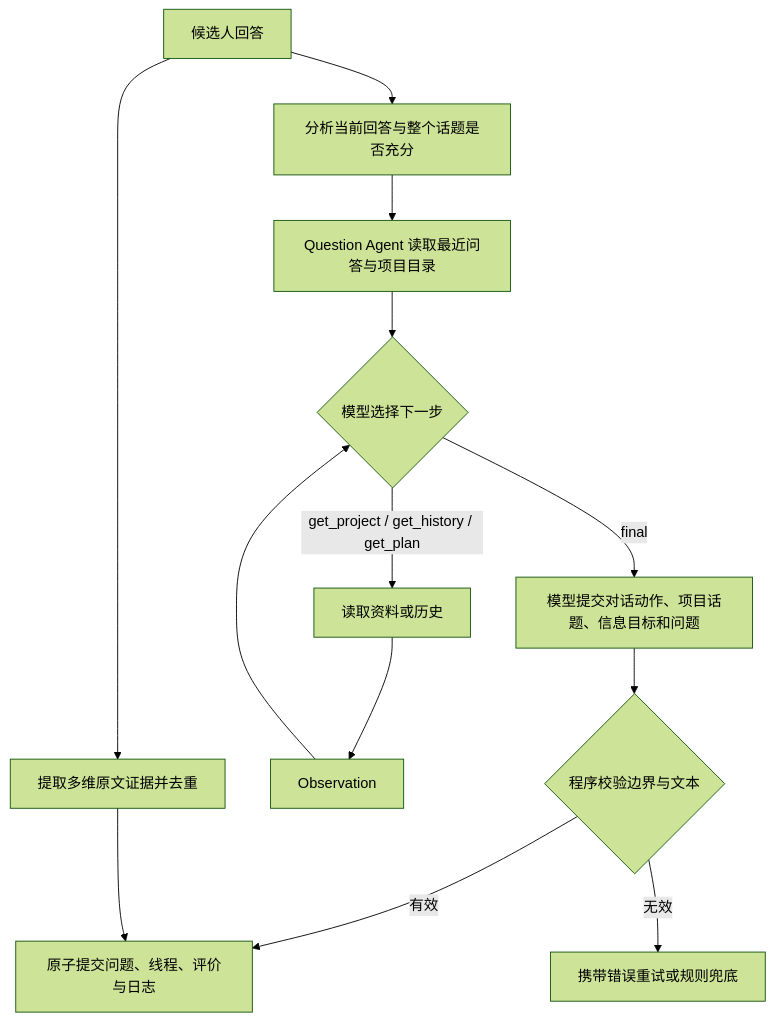
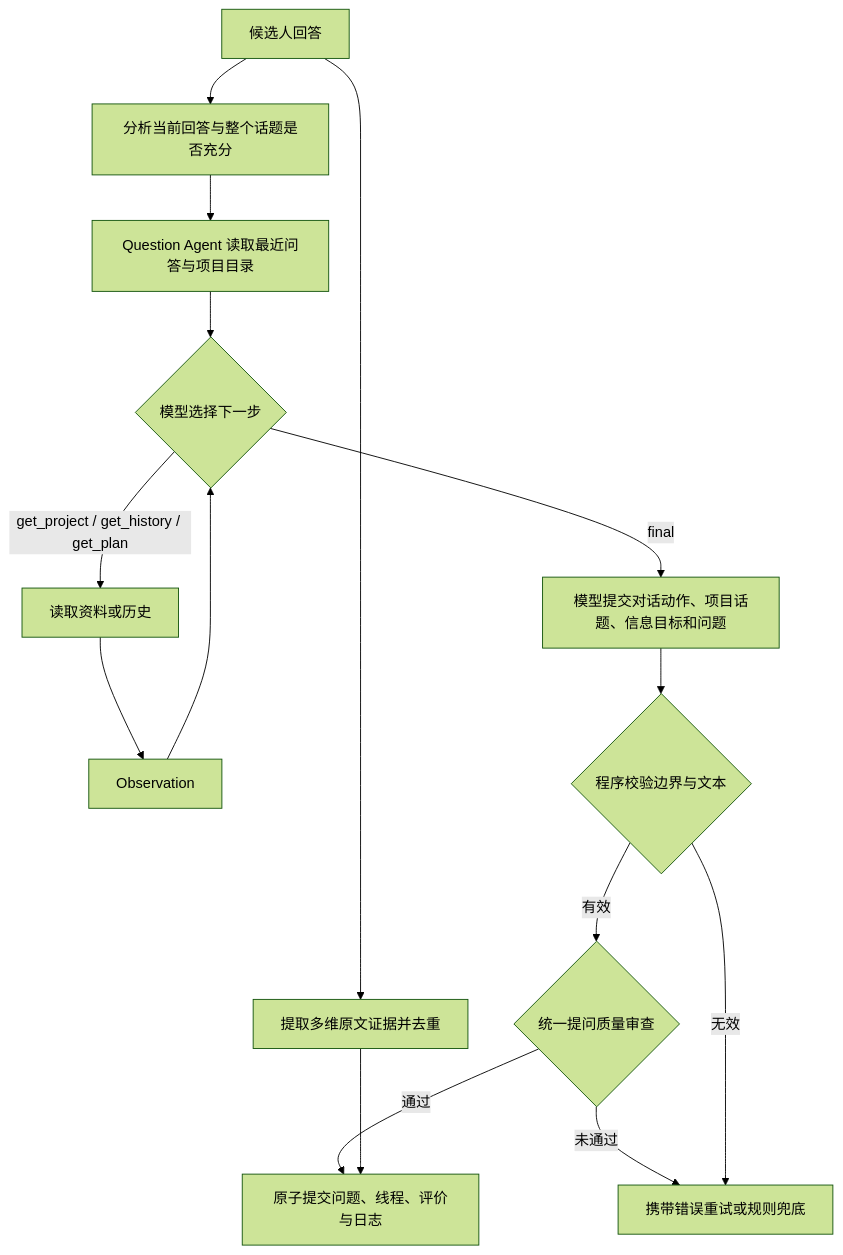
The diagram in docs/对话驱动出题改造方案.md (Fujizzz/AiInterviewer), drawn with Mermaid (forest theme) before and after one commit. The commit also changed other lines of this file and 29 other files, not shown here.

````diff
--- a/docs/对话驱动出题改造方案.md
+++ b/docs/对话驱动出题改造方案.md
@@ -11,15 +11,17 @@
 ```mermaid
 flowchart TD
     A[候选人回答] --> B[分析当前回答与整个话题是否充分]
     A --> C[提取多维原文证据并去重]
     B --> D[Question Agent 读取最近问答与项目目录]
     D --> E{模型选择下一步}
     E -->|get_project / get_history / get_plan| F[读取资料或历史]
     F --> G[Observation]
     G --> E
     E -->|final| H[模型提交对话动作、项目话题、信息目标和问题]
     H --> I{程序校验边界与文本}
-    I -->|有效| J[原子提交问题、线程、评价与日志]
+    I -->|有效| L{统一提问质量审查}
+    L -->|通过| J[原子提交问题、线程、评价与日志]
+    L -->|未通过| K
     I -->|无效| K[携带错误重试或规则兜底]
     C --> J
 ```
````
